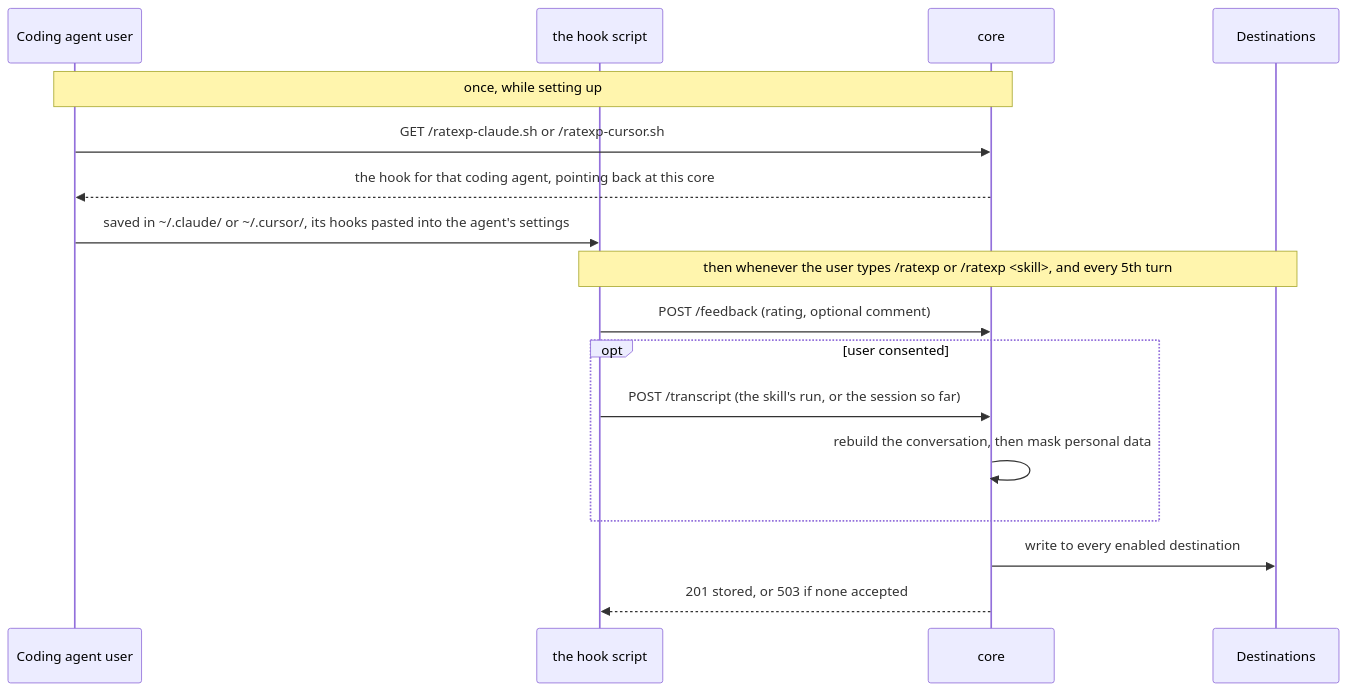
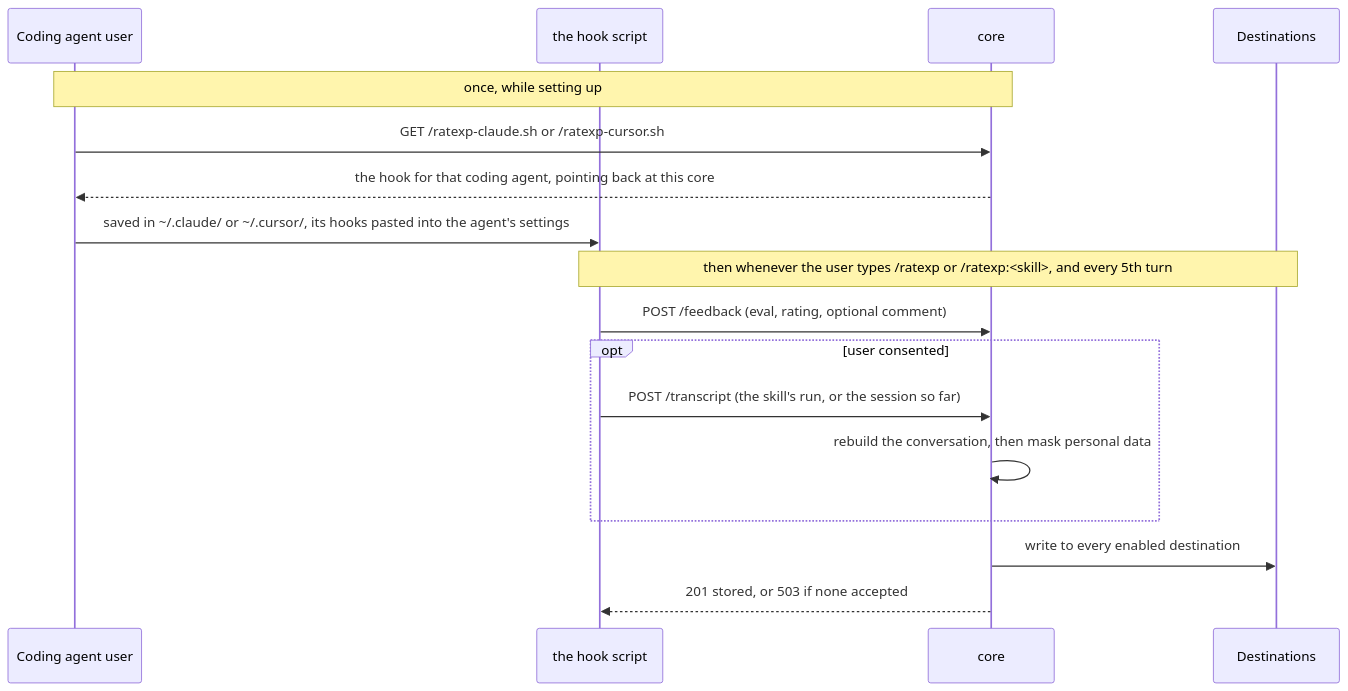
Before and after one commit to HikmetB1/RateXp: the diagram in README.md, drawn with Mermaid. The commit also changed other lines of this file and 42 other files, not shown here.

Commit message:
feat: add evals that users pick with /ratexp [eval] or /ratexp:<skill> [eval], store eval_name on every rating and show it in a dashboard eval column

````diff
--- a/README.md
+++ b/README.md
@@ -108,21 +123,21 @@
 ```mermaid
 sequenceDiagram
     participant A as Coding agent user
     participant H as the hook script
     participant C as core
     participant D as Destinations
 
     Note over A,C: once, while setting up
     A->>C: GET /ratexp-claude.sh or /ratexp-cursor.sh
     C-->>A: the hook for that coding agent, pointing back at this core
     A->>H: saved in ~/.claude/ or ~/.cursor/, its hooks pasted into the agent's settings
 
-    Note over H,D: then whenever the user types /ratexp or /ratexp <skill>, and every 5th turn
-    H->>C: POST /feedback (rating, optional comment)
+    Note over H,D: then whenever the user types /ratexp or /ratexp:<skill>, and every 5th turn
+    H->>C: POST /feedback (eval, rating, optional comment)
     opt user consented
         H->>C: POST /transcript (the skill's run, or the session so far)
         C->>C: rebuild the conversation, then mask personal data
     end
     C->>D: write to every enabled destination
     C-->>H: 201 stored, or 503 if none accepted
 ```
````
